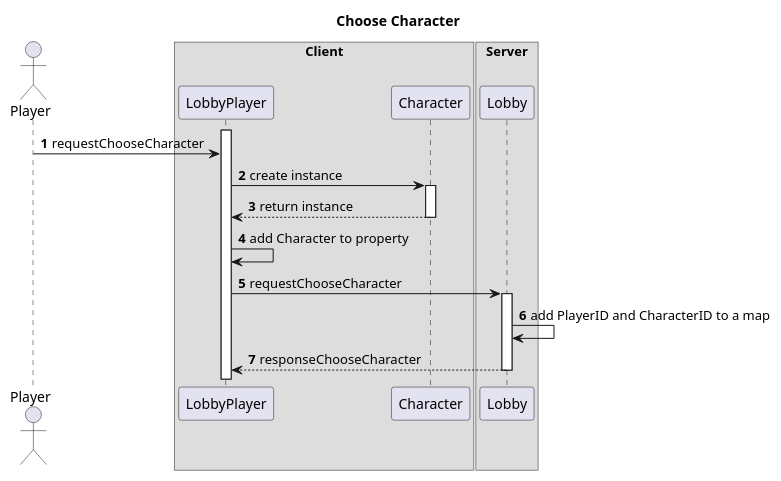
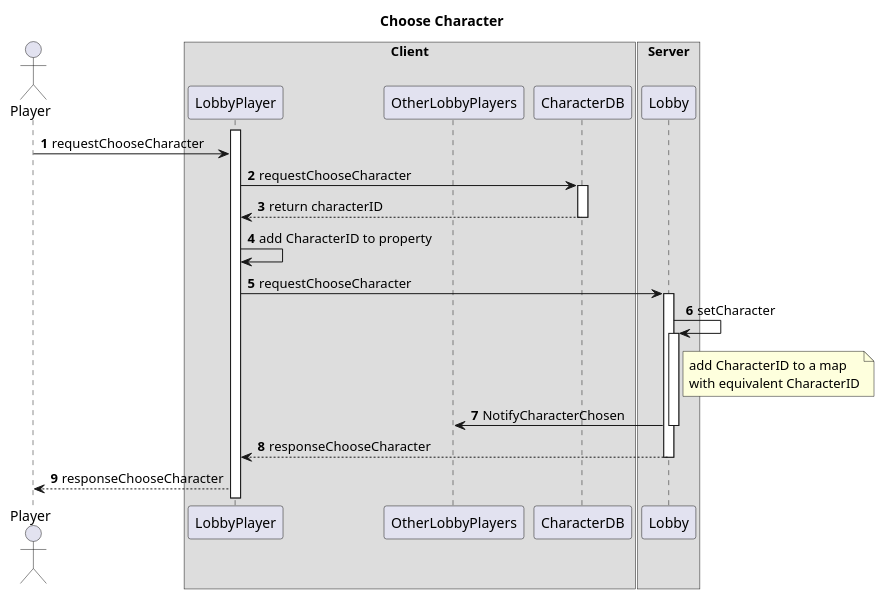
The diagram in docs/SequenceDiagram/Lobby/ChooseCharacter.plantuml (BaThong0/SpiritWarrior), drawn with PlantUML before and after one commit. The commit also changed 5 other files, not shown here.

Commit message:
Updated sequence diagrams for Lobby

```diff
--- a/docs/SequenceDiagram/Lobby/ChooseCharacter.plantuml
+++ b/docs/SequenceDiagram/Lobby/ChooseCharacter.plantuml
@@ -1,32 +1,39 @@
 @startuml
 title Choose Character
 autonumber
 actor Player
 
 box "Client"
 participant LobbyPlayer
-participant Character
+participant OtherLobbyPlayers
+participant CharacterDB
 end box
 
 box "Server"
 participant Lobby
 endbox
 
 activate LobbyPlayer
 
 
 Player -> LobbyPlayer: requestChooseCharacter
-LobbyPlayer -> Character: create instance
-activate Character 
-Character --> LobbyPlayer: return instance
-deactivate Character 
-LobbyPlayer -> LobbyPlayer: add Character to property
+LobbyPlayer -> CharacterDB: requestChooseCharacter
+activate CharacterDB 
+CharacterDB --> LobbyPlayer: return characterID
+deactivate CharacterDB 
+LobbyPlayer -> LobbyPlayer: add CharacterID to property
 LobbyPlayer -> Lobby: requestChooseCharacter
 activate Lobby
-Lobby -> Lobby: add PlayerID and CharacterID to a map
+Lobby -> Lobby: setCharacter
+note right Lobby
+add CharacterID to a map
+with equivalent CharacterID
+end note 
+activate Lobby
+Lobby -> OtherLobbyPlayers: NotifyCharacterChosen
+deactivate Lobby
 Lobby --> LobbyPlayer: responseChooseCharacter 
 deactivate Lobby 
 
-
-
+LobbyPlayer --> Player: responseChooseCharacter
 @enduml
```
